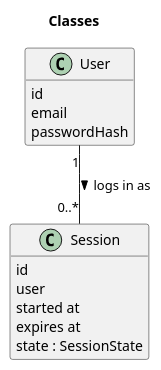
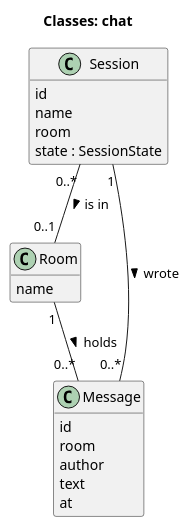
Before and after one commit to blueshed/dzql: the diagram in uml/src/classes.puml, drawn with PlantUML. The commit also changed 7 other files, not shown here.

Commit message:
uml: chat -- name, room, say, move, leave, log out -- in types.ts and five diagrams; names match by their words ("Choose a name" names chooseName, "Log out" names logout); a reply is checked only when it goes back to the caller

```diff
--- a/uml/src/classes.puml
+++ b/uml/src/classes.puml
@@ -1,20 +1,27 @@
 @startuml
-title Classes
+title Classes: chat
 hide empty methods
-
-class User {
-  id
-  email
-  passwordHash
-}
 
 class Session {
   id
-  user
-  started at
-  expires at
+  name
+  room
   state : SessionState
 }
 
-User "1" -- "0..*" Session : logs in as >
+class Room {
+  name
+}
+
+class Message {
+  id
+  room
+  author
+  text
+  at
+}
+
+Session "0..*" -- "0..1" Room : is in >
+Room "1" -- "0..*" Message : holds >
+Session "1" -- "0..*" Message : wrote >
 @enduml
```
